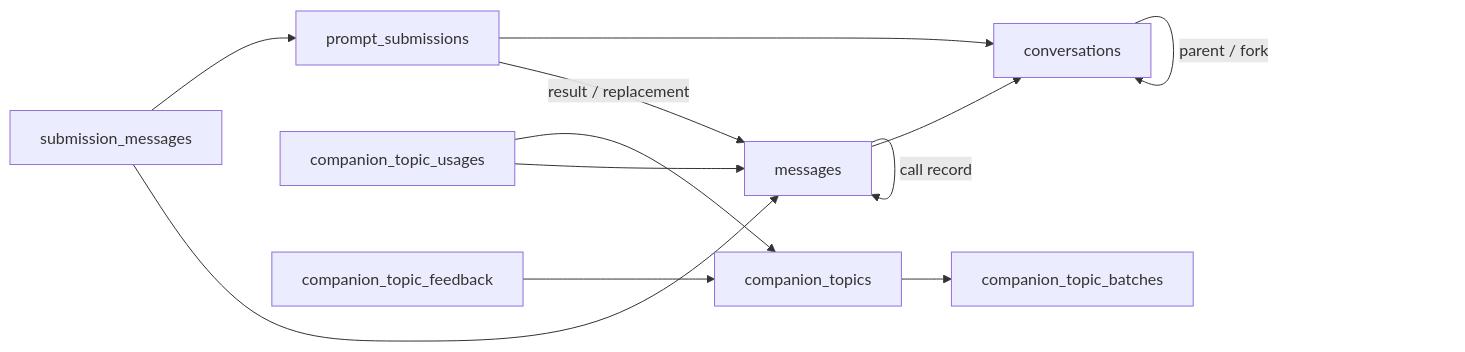
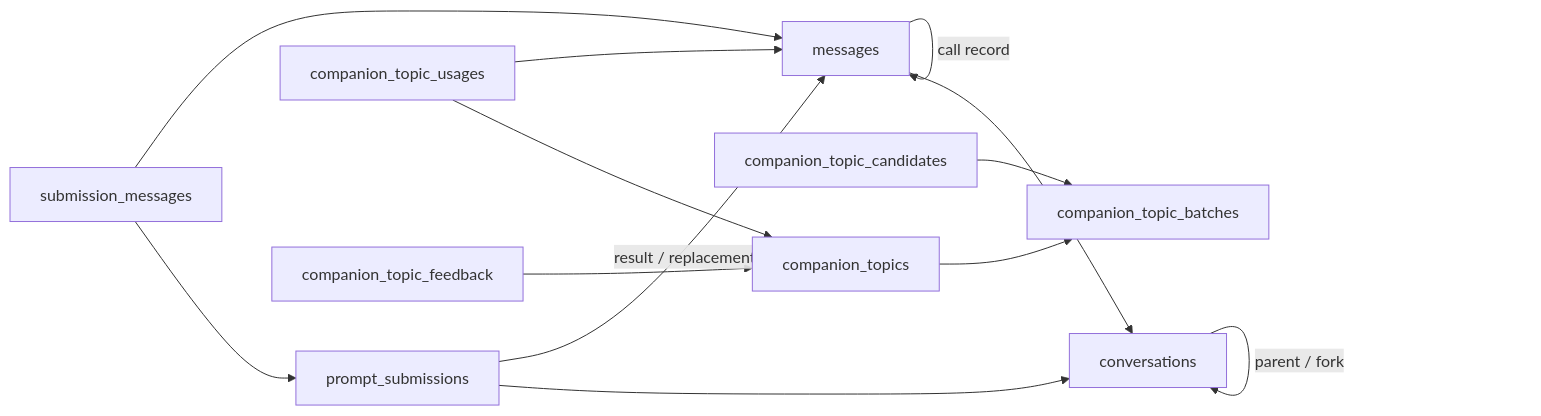
The second of 8 diagrams in docs/DATABASE.md (yangjinming1062/SpiritAgent), drawn with Mermaid before and after one commit. The commit also changed other lines of this file and 88 other files, not shown here.

````diff
--- a/docs/DATABASE.md
+++ b/docs/DATABASE.md
@@ -32,14 +32,15 @@
 ```mermaid
 flowchart LR
     conversations -->|parent / fork| conversations
     messages --> conversations
     messages -->|call record| messages
     prompt_submissions --> conversations
     prompt_submissions -->|result / replacement| messages
     submission_messages --> prompt_submissions
     submission_messages --> messages
+    companion_topic_candidates --> companion_topic_batches
     companion_topics --> companion_topic_batches
     companion_topic_usages --> companion_topics
     companion_topic_usages --> messages
     companion_topic_feedback --> companion_topics
 ```
````
